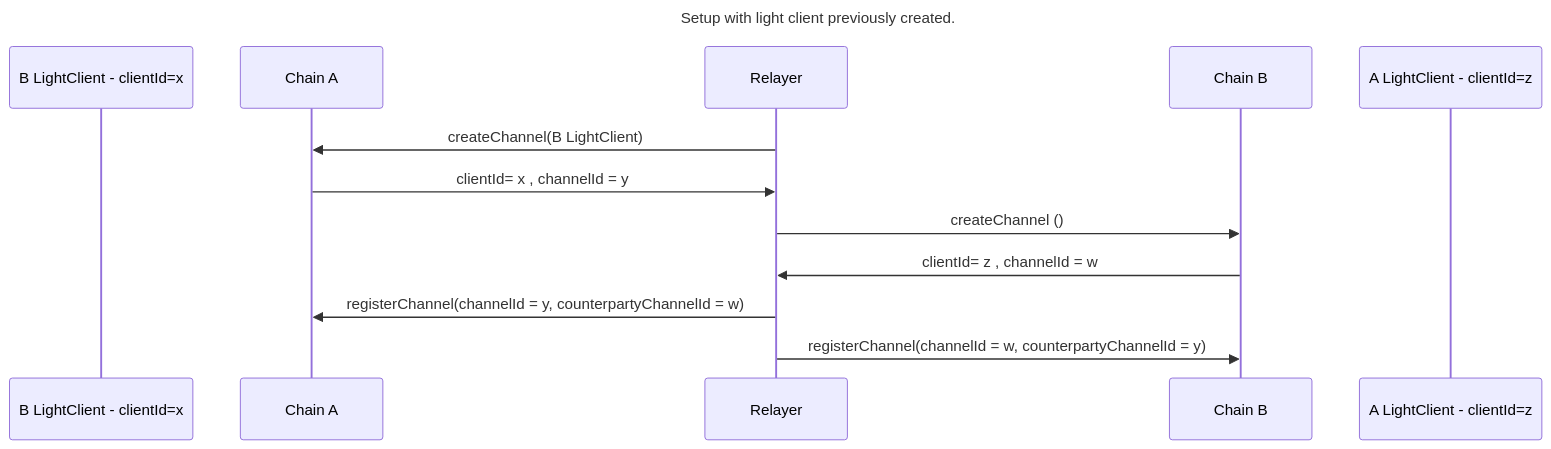
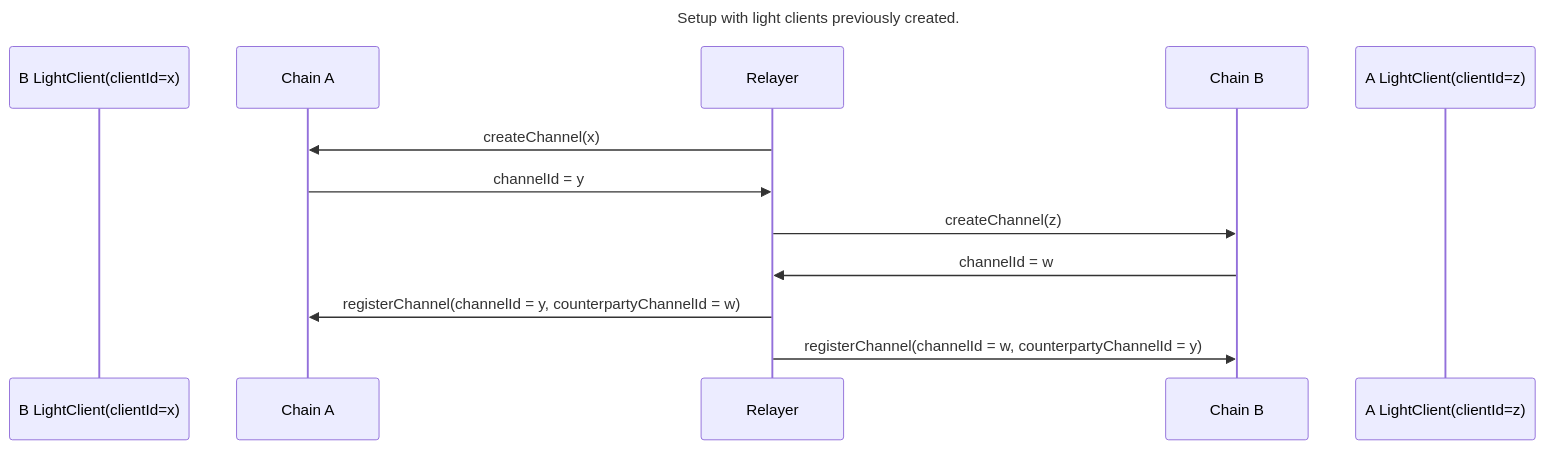
One commit to cosmos/ibc changed the second of 5 diagrams in spec/core/v2/ics-004-packet-semantics/README.md. Above: the diagram before and after it, drawn with Mermaid. The commit also changed other lines of this file, not shown here.

Commit message:
diagram fixes

````diff
--- a/spec/core/v2/ics-004-packet-semantics/README.md
+++ b/spec/core/v2/ics-004-packet-semantics/README.md
@@ -253,17 +253,17 @@
 ```mermaid
 ---
-title: Setup with light client previously created.  
+title: Setup with light clients previously created.  
 ---
 sequenceDiagram
-    Participant B LightClient - clientId=x  
+    Participant B LightClient(clientId=x)  
     Participant Chain A
     Participant Relayer 
     Participant Chain B
-    Participant A LightClient - clientId=z   
-    Relayer ->> Chain A : createChannel(B LightClient)
-    Chain A ->> Relayer : clientId= x , channelId = y
-    Relayer ->> Chain B : createChannel ()
-    Chain B ->> Relayer : clientId= z , channelId = w
+    Participant A LightClient(clientId=z)   
+    Relayer ->> Chain A : createChannel(x)
+    Chain A ->> Relayer : channelId = y
+    Relayer ->> Chain B : createChannel(z)
+    Chain B ->> Relayer : channelId = w
     Relayer ->> Chain A : registerChannel(channelId = y, counterpartyChannelId = w)
     Relayer ->> Chain B : registerChannel(channelId = w, counterpartyChannelId = y) 
 ```
````
